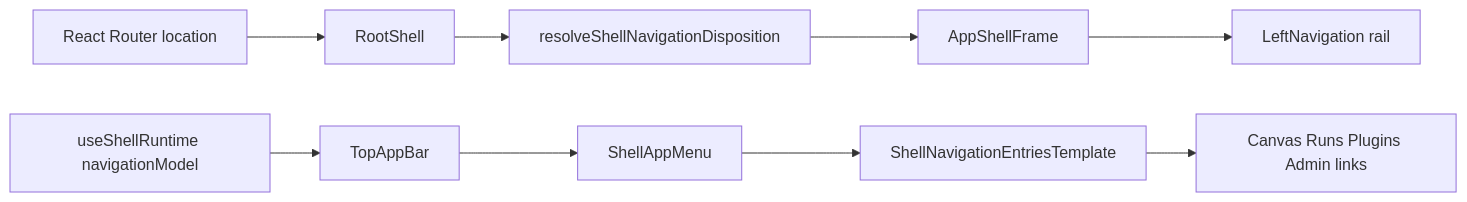
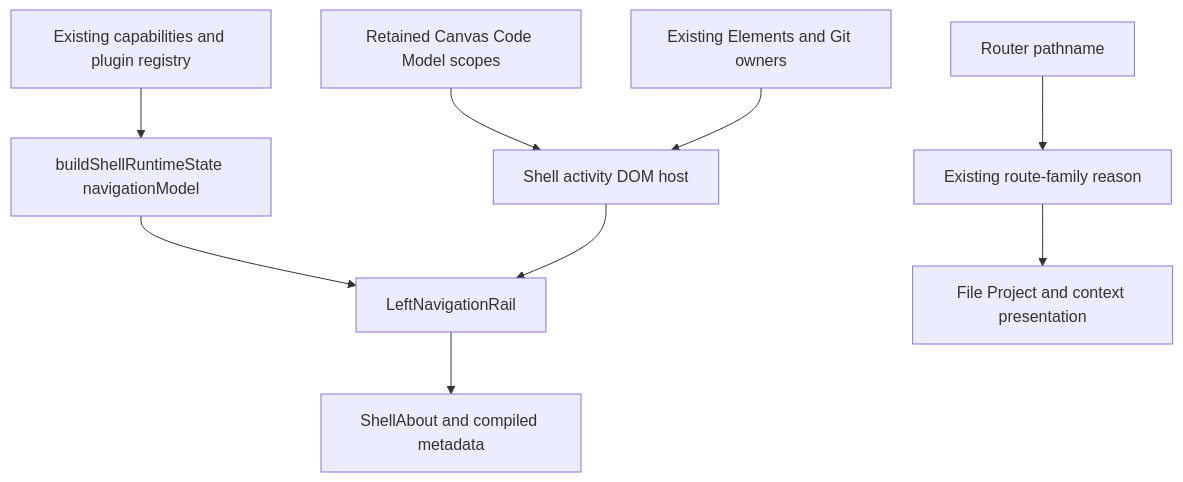
Before and after one commit to dunay2/dvt: the second of 2 diagrams in docs/architecture/components/web/shell-navigation-disposition-component.md, drawn with Mermaid. The commit also changed other lines of this file and 40 other files, not shown here.

Commit message:
feat(web): Expose direct navigation in the left activity rail

````diff
--- a/docs/architecture/components/web/shell-navigation-disposition-component.md
+++ b/docs/architecture/components/web/shell-navigation-disposition-component.md
@@ -60,11 +84,11 @@
 ```mermaid
-flowchart LR
-  Router[React Router location] --> RootShell
-  RootShell --> Disposition[resolveShellNavigationDisposition]
-  Disposition --> AppShellFrame
-  Runtime[useShellRuntime navigationModel] --> TopAppBar
-  TopAppBar --> ShellAppMenu
-  ShellAppMenu --> Entries[ShellNavigationEntriesTemplate]
-  Entries --> GlobalLinks[Canvas Runs Plugins Admin links]
-  AppShellFrame --> LeftRail[LeftNavigation rail]
+flowchart TD
+  Capabilities[Existing capabilities and plugin registry] --> Model[buildShellRuntimeState navigationModel]
+  Model --> Rail[LeftNavigationRail]
+  Router[Router pathname] --> Disposition[Existing route-family reason]
+  Disposition --> TopBar[File Project and context presentation]
+  Surfaces[Retained Canvas Code Model scopes] --> Host[Shell activity DOM host]
+  Explorer[Existing Elements and Git owners] --> Host
+  Host --> Rail
+  Rail --> About[ShellAbout and compiled metadata]
 ```
````
